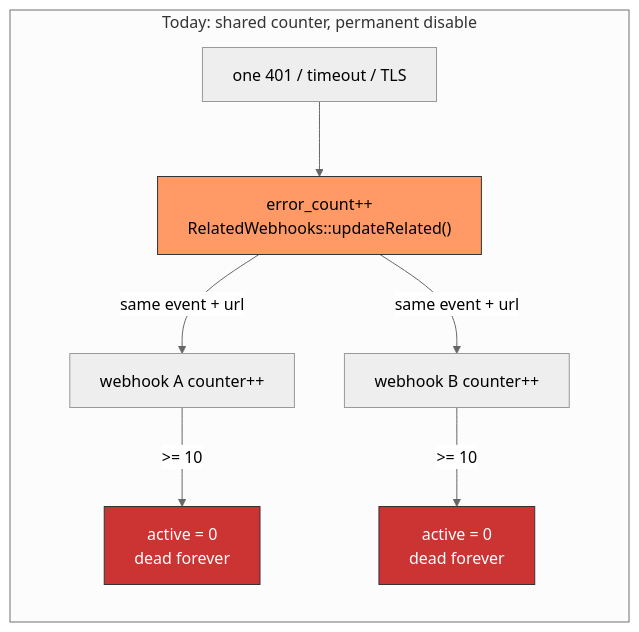
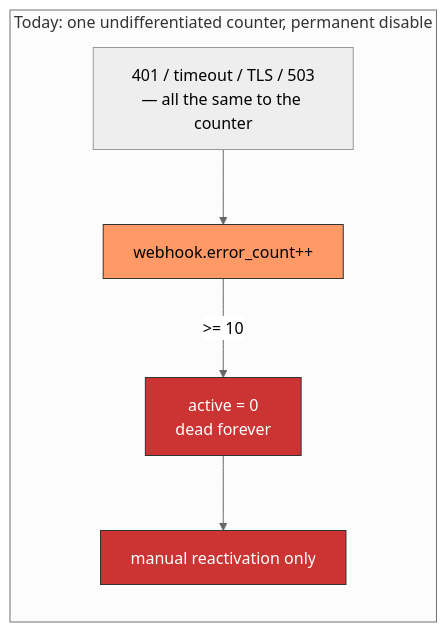
The first of 6 diagrams in adr/2026-05-28-webhooks-health-remodel.md (shopware/shopware), drawn with Mermaid (neutral theme) before and after one commit. The commit also changed other lines of this file and 27 other files, not shown here.

````diff
--- a/adr/2026-05-28-webhooks-health-remodel.md
+++ b/adr/2026-05-28-webhooks-health-remodel.md
@@ -46,15 +48,13 @@
 ```mermaid
 flowchart LR
-    subgraph TODAY ["Today: shared counter, permanent disable"]
+    subgraph TODAY ["Today: one undifferentiated counter, permanent disable"]
         direction TB
-        E["one 401 / timeout / TLS"] --> SHARE["error_count++<br/>RelatedWebhooks::updateRelated()"]
-        SHARE -->|"same event + url"| W1["webhook A counter++"]
-        SHARE -->|"same event + url"| W2["webhook B counter++"]
-        W1 -->|">= 10"| D1["active = 0<br/>dead forever"]
-        W2 -->|">= 10"| D2["active = 0<br/>dead forever"]
+        E["401 / timeout / TLS / 503<br/>— all the same to the counter"] --> SHARE["webhook.error_count++"]
+        SHARE -->|">= 10"| D1["active = 0<br/>dead forever"]
+        D1 --> D2["manual reactivation only"]
     end
 
     style SHARE fill:#f96,stroke:#333
     style D1 fill:#c33,stroke:#333,color:#fff
     style D2 fill:#c33,stroke:#333,color:#fff
 ```
````
